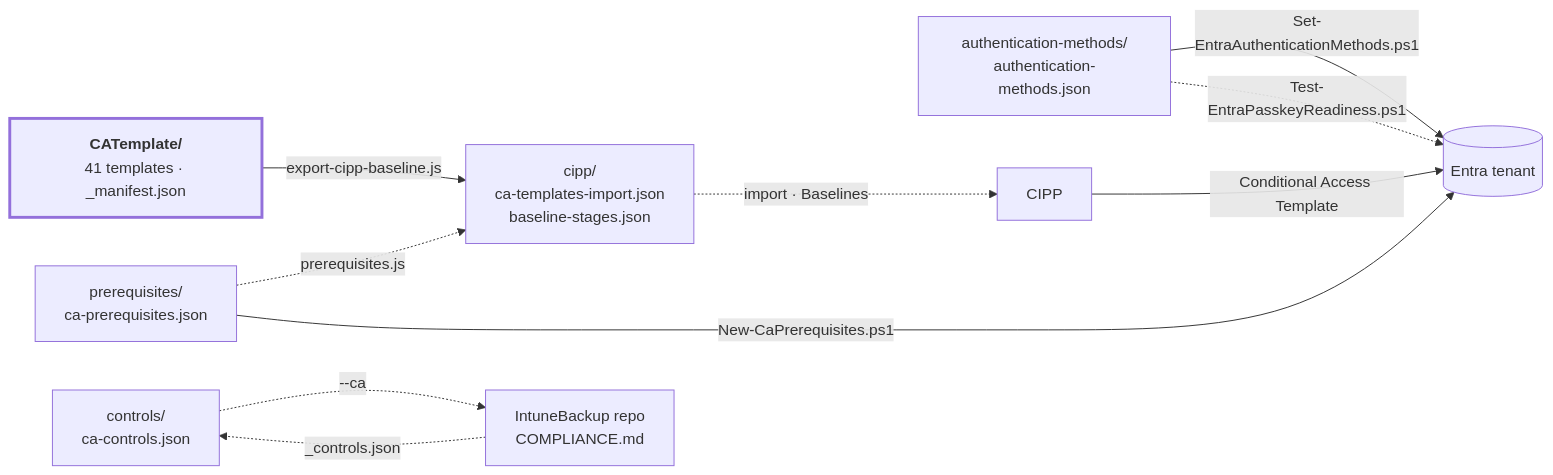
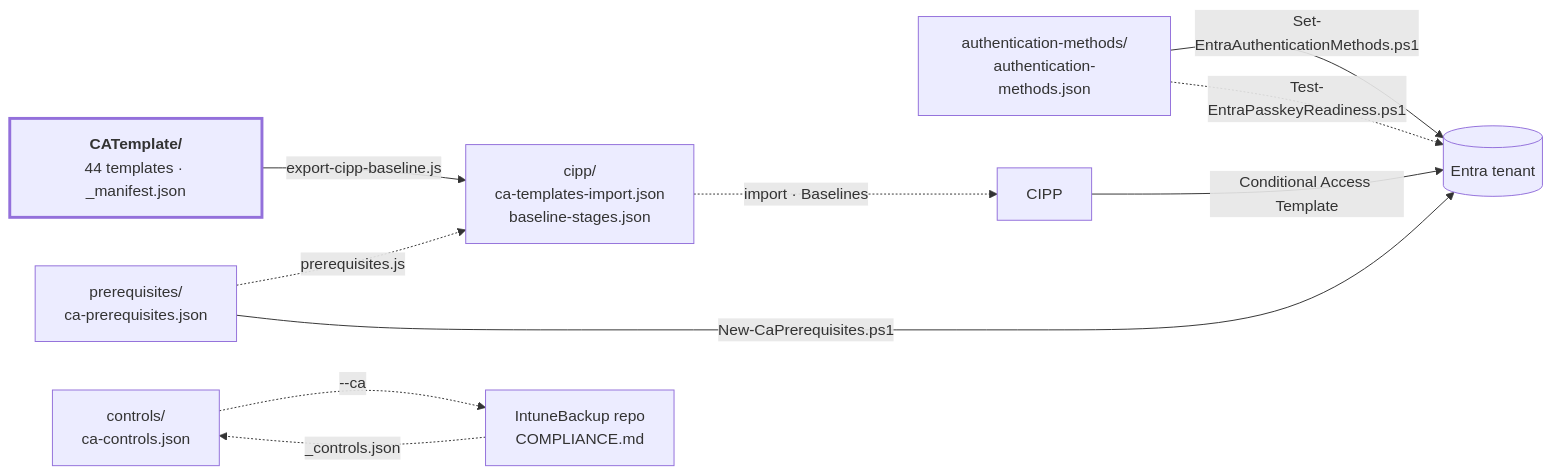
Before and after one commit to sjkanon/CA-Policies: the diagram in docs/STRUCTUUR.en.md, drawn with Mermaid. The commit also changed other lines of this file and 116 other files, not shown here.

````diff
--- a/docs/STRUCTUUR.en.md
+++ b/docs/STRUCTUUR.en.md
@@ -27,20 +27,20 @@
 ```mermaid
 flowchart LR
-  T["<b>CATemplate/</b><br/>41 templates · _manifest.json"]
+  T["<b>CATemplate/</b><br/>44 templates · _manifest.json"]
   P["prerequisites/<br/>ca-prerequisites.json"]
   A["authentication-methods/<br/>authentication-methods.json"]
   C["controls/<br/>ca-controls.json"]
 
   T -->|export-cipp-baseline.js| X["cipp/<br/>ca-templates-import.json<br/>baseline-stages.json"]
   P -.->|prerequisites.js| X
   X -.->|import · Baselines| CIPP["CIPP"]
   CIPP -->|Conditional Access Template| TEN[("Entra tenant")]
   P -->|New-CaPrerequisites.ps1| TEN
   A -->|Set-EntraAuthenticationMethods.ps1| TEN
   A -.->|Test-EntraPasskeyReadiness.ps1| TEN
 
   C -.->|--ca| IB["IntuneBackup repo<br/>COMPLIANCE.md"]
   IB -.->|_controls.json| C
 
   style T stroke-width:3px
 ```
````
